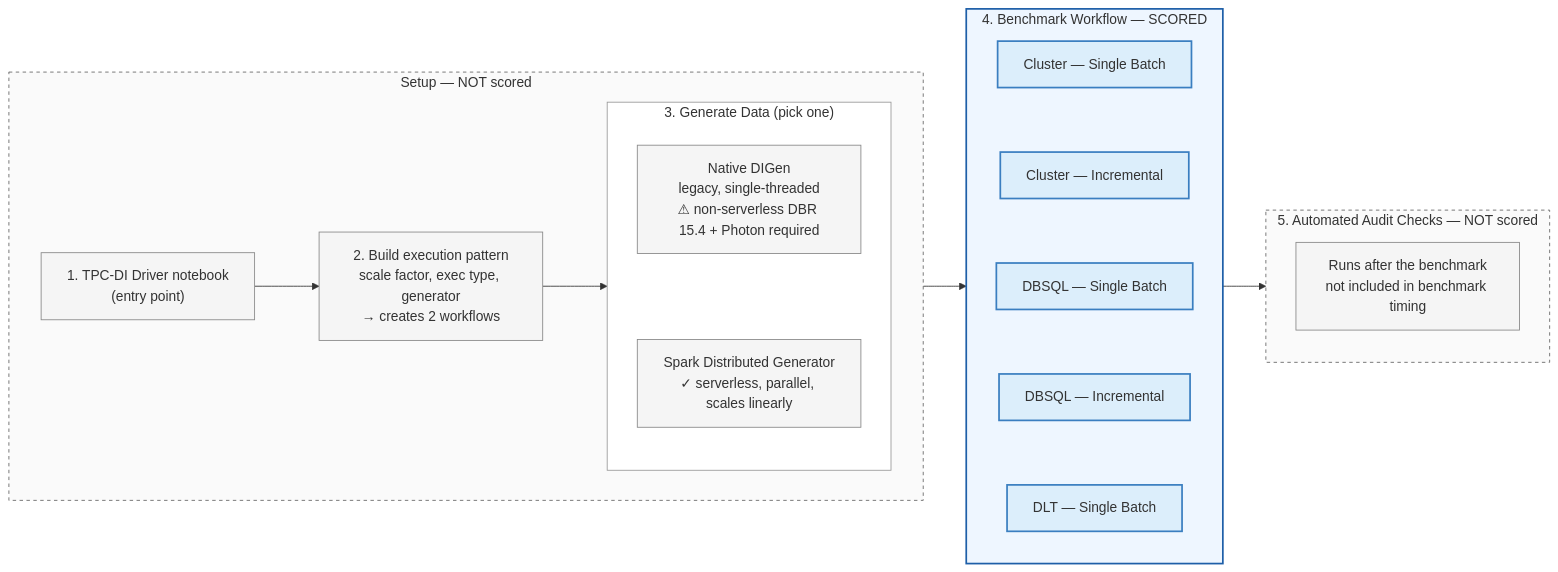
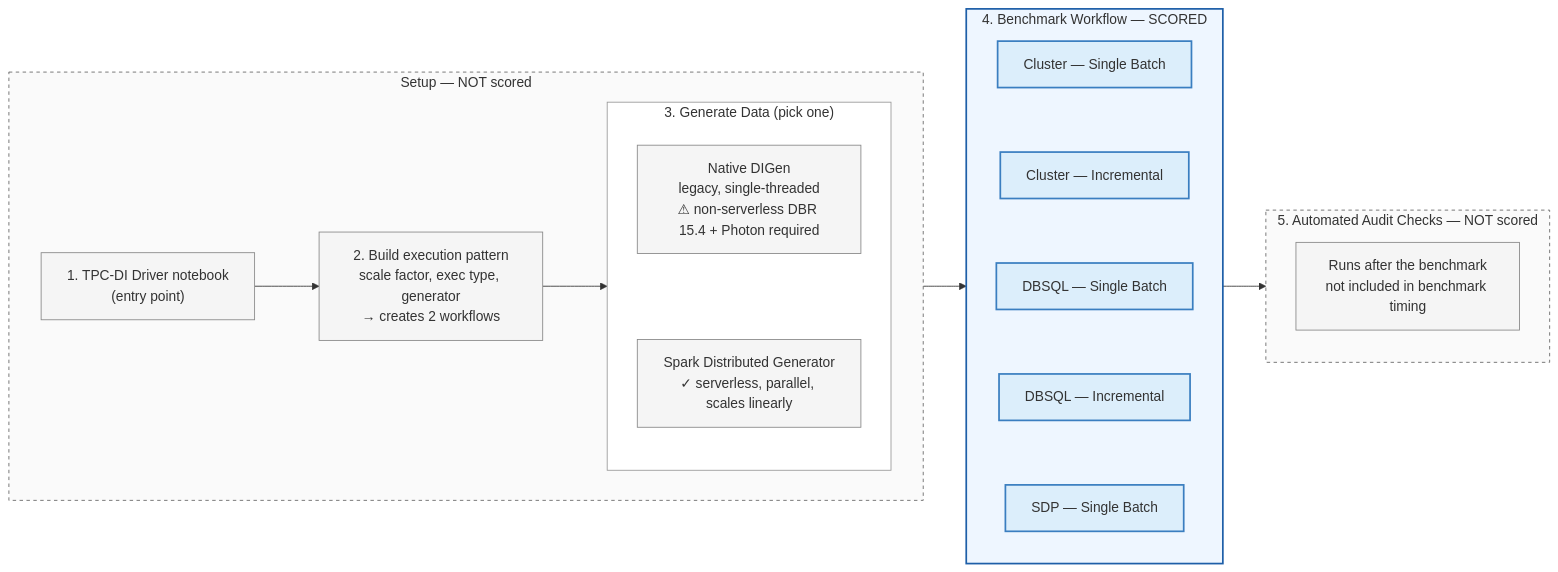
Before and after one commit to shannon-barrow/databricks-tpc-di: the diagram in src/tools/readme_images/tpcdi_flow.mmd, drawn with Mermaid. The commit also changed 16 other files, not shown here.

First line of the commit message:
DLT -> SDP: rename to Spark Declarative Pipelines everywhere

```diff
--- a/src/tools/readme_images/tpcdi_flow.mmd
+++ b/src/tools/readme_images/tpcdi_flow.mmd
@@ -1,44 +1,44 @@
 flowchart LR
     subgraph Setup ["Setup — NOT scored"]
         direction LR
         S1["1. TPC-DI Driver notebook<br/>(entry point)"]
         S2["2. Build execution pattern<br/>scale factor, exec type, generator<br/>→ creates 2 workflows"]
         subgraph Gen ["3. Generate Data (pick one)"]
             direction TB
             G1["Native DIGen<br/>legacy, single-threaded<br/>⚠ non-serverless DBR 15.4 + Photon required"]
             G2["Spark Distributed Generator<br/>✓ serverless, parallel, scales linearly"]
             G1 ~~~ G2
         end
         S1 --> S2 --> Gen
     end
 
     subgraph Bench ["4. Benchmark Workflow — SCORED"]
         direction TB
         B1["Cluster — Single Batch"]
         B2["Cluster — Incremental"]
         B3["DBSQL — Single Batch"]
         B4["DBSQL — Incremental"]
-        B5["DLT — Single Batch"]
+        B5["SDP — Single Batch"]
         B1 ~~~ B2 ~~~ B3 ~~~ B4 ~~~ B5
     end
 
     Gen --> Bench
 
     subgraph Audit ["5. Automated Audit Checks — NOT scored"]
         direction TB
         A1["Runs after the benchmark<br/>not included in benchmark timing"]
     end
 
     Bench --> Audit
 
     classDef setupNode fill:#f5f5f5,stroke:#888,stroke-width:1px
     classDef benchNode fill:#dceefb,stroke:#3a7ec0,stroke-width:2px
     classDef auditNode fill:#f5f5f5,stroke:#888,stroke-width:1px
     class S1,S2,G1,G2 setupNode
     class B1,B2,B3,B4,B5 benchNode
     class A1 auditNode
 
     style Setup fill:#fafafa,stroke:#666,stroke-dasharray: 4 4
     style Bench fill:#eef6ff,stroke:#1e5fa8,stroke-width:2px
     style Audit fill:#fafafa,stroke:#666,stroke-dasharray: 4 4
     style Gen fill:#ffffff,stroke:#999
```
